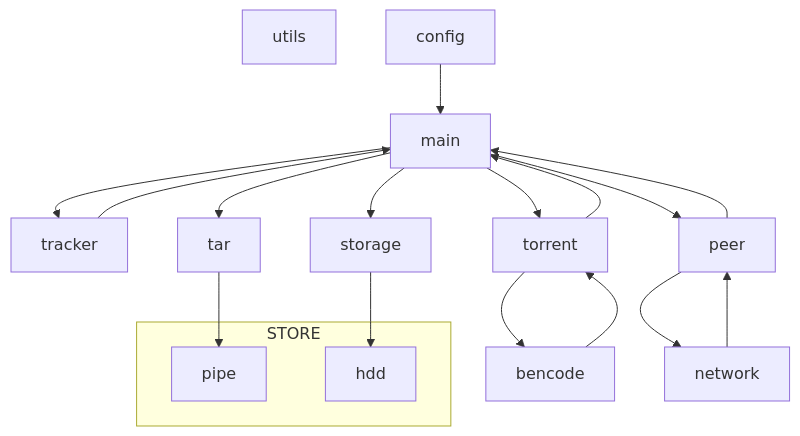
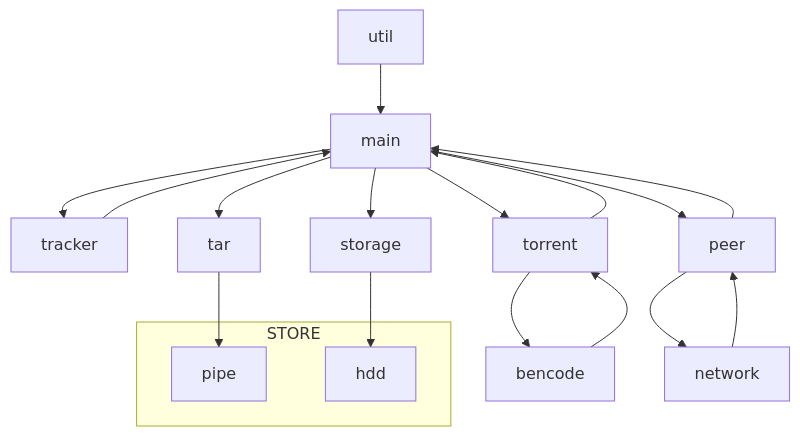
One commit to molnija3d/C-2025-09-EVGENIY-Z changed the diagram in FINAL/README.MD. Above: the diagram before and after it, drawn with Mermaid. The commit also changed other lines of this file and 11 other files, not shown here.

````diff
--- a/FINAL/README.MD
+++ b/FINAL/README.MD
@@ -263,23 +262,22 @@
 ```mermaid
 flowchart TD
- utils
- config --> main
+ util --> main
  main --> tracker
  main --> peer
  main --> storage
  main --> tar
  main --> torrent
  tracker --> main
  torrent --> bencode
  torrent --> main
  network --> peer
  peer --> network
  peer --> main
  bencode --> torrent
  tar --> pipe
  storage --> hdd 
 subgraph STORE 
  pipe
  hdd
  end
 ```
````
